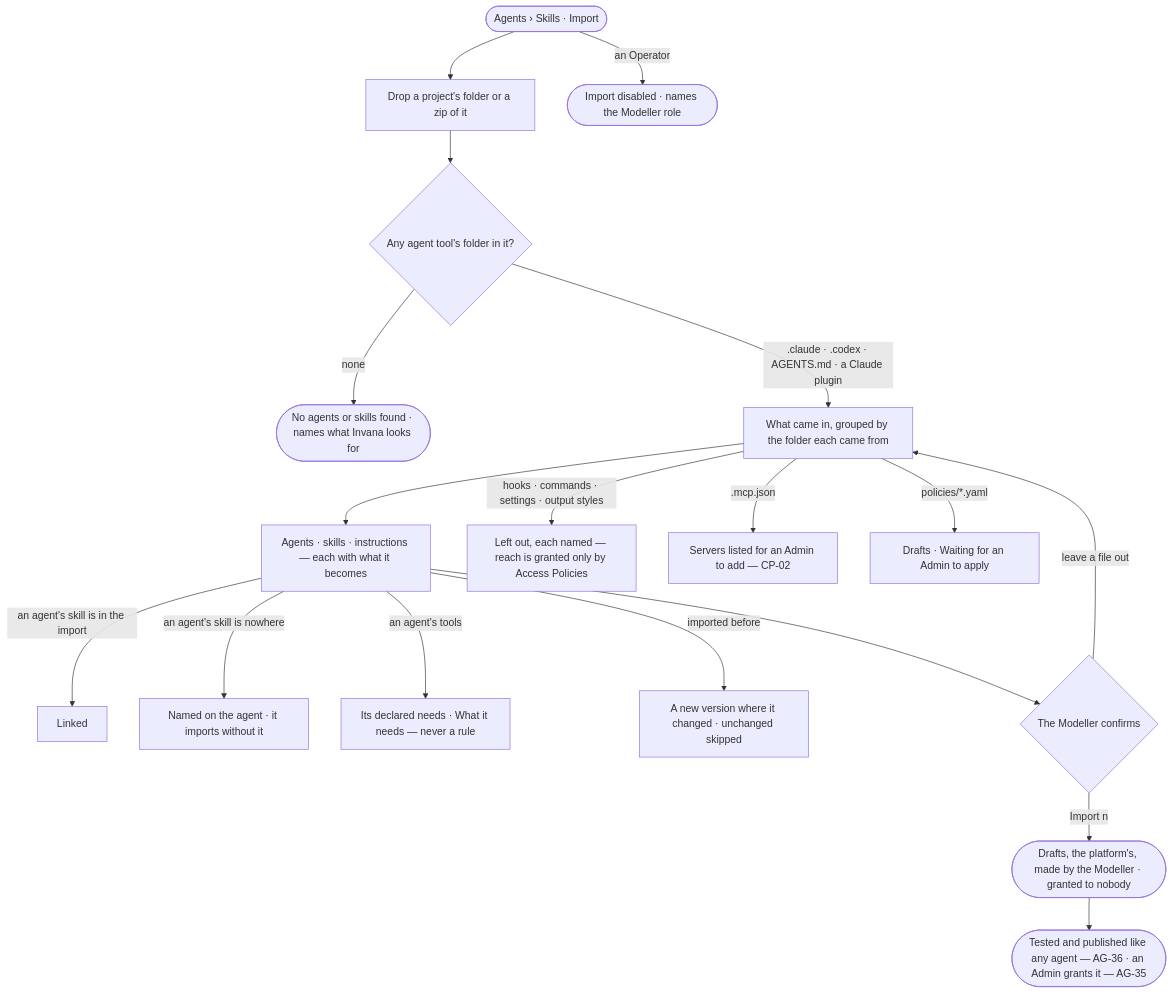
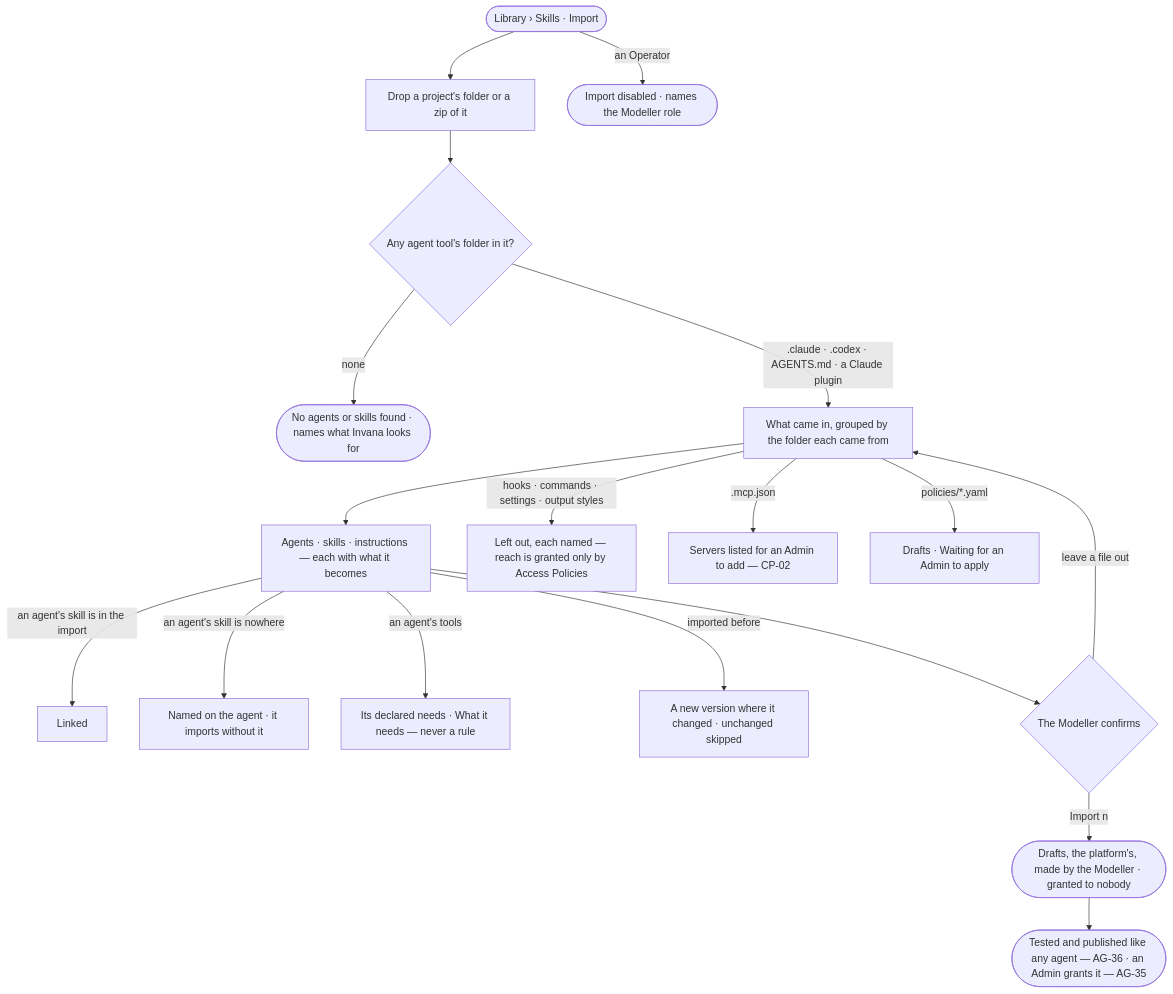
One commit to invana/invana changed the diagram in specs/capabilities/agents/features/AG-F08-portable-agents-and-skills/stories/AG-63-bring-in-agents-and-skills-from-an-agent-tools-folder/story.md. Above: the diagram before and after it, drawn with Mermaid. The commit also changed other lines of this file and 106 other files, not shown here.

````diff
--- a/specs/capabilities/agents/features/AG-F08-portable-agents-and-skills/stories/AG-63-bring-in-agents-and-skills-from-an-agent-tools-folder/story.md
+++ b/specs/capabilities/agents/features/AG-F08-portable-agents-and-skills/stories/AG-63-bring-in-agents-and-skills-from-an-agent-tools-folder/story.md
@@ -31,20 +31,20 @@
 ```mermaid
 flowchart TD
-  a([Agents › Skills · Import]) --> d["Drop a project's folder or a zip of it"]
+  a([Library › Skills · Import]) --> d["Drop a project's folder or a zip of it"]
   d --> f{"Any agent tool's folder in it?"}
   f -->|none| n(["No agents or skills found · names what Invana looks for"])
   f -->|.claude · .codex · AGENTS.md · a Claude plugin| g["What came in, grouped by the folder each came from"]
   g --> ag["Agents · skills · instructions — each with what it becomes"]
   ag -->|an agent's skill is in the import| ln["Linked"]
   ag -->|an agent's skill is nowhere| lm["Named on the agent · it imports without it"]
   ag -->|an agent's tools| nd["Its declared needs · What it needs — never a rule"]
   g -->|hooks · commands · settings · output styles| lo["Left out, each named — reach is granted only by Access Policies"]
   g -->|.mcp.json| ms["Servers listed for an Admin to add — CP-02"]
   g -->|policies/*.yaml| pf["Drafts · Waiting for an Admin to apply"]
   ag -->|imported before| nv["A new version where it changed · unchanged skipped"]
   ag --> cf{"The Modeller confirms"}
   cf -->|Import n| s(["Drafts, the platform's, made by the Modeller · granted to nobody"])
   cf -->|leave a file out| g
   s --> t(["Tested and published like any agent — AG-36 · an Admin grants it — AG-35"])
   a -->|an Operator| no(["Import disabled · names the Modeller role"])
 ```
````
